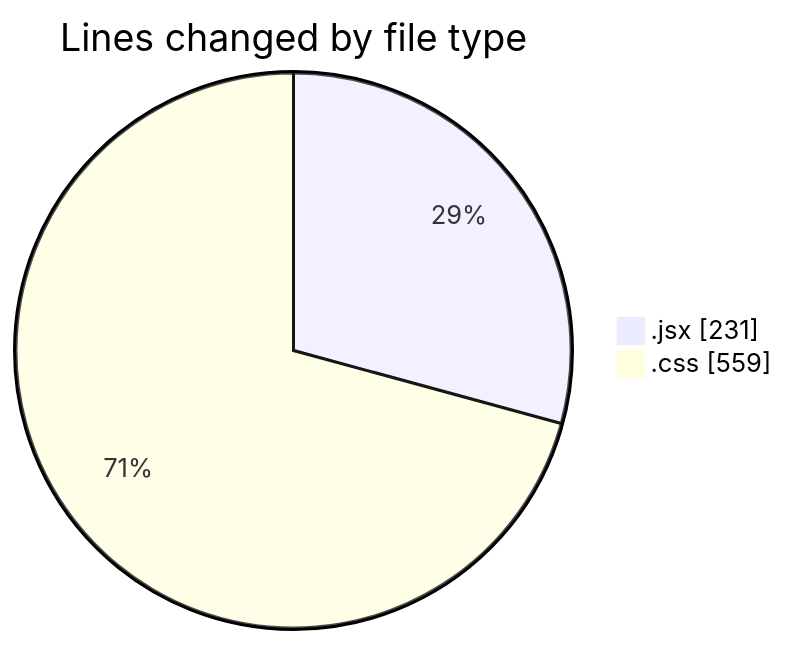
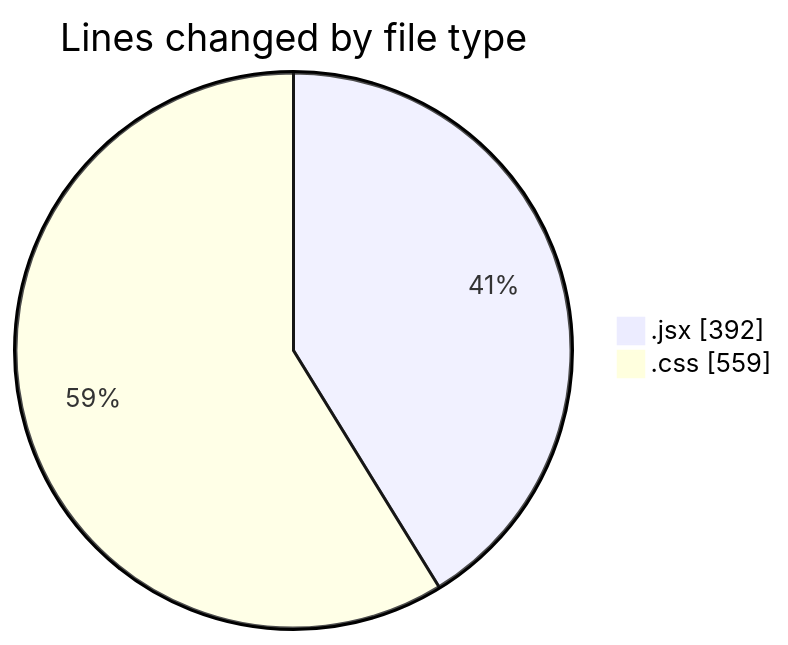
One commit to BS-eng2023/code-tracking changed the first of 2 diagrams in 2025-05-08/react/README.md. Above: the diagram before and after it, drawn with Mermaid. The commit also changed other lines of this file and 1 other file, not shown here.

````diff
--- a/2025-05-08/react/README.md
+++ b/2025-05-08/react/README.md
@@ -21,6 +22,6 @@
 ```mermaid
 pie showData
 title Lines changed by file type
-".jsx" : 231
+".jsx" : 392
 ".css" : 559
 ```
````
